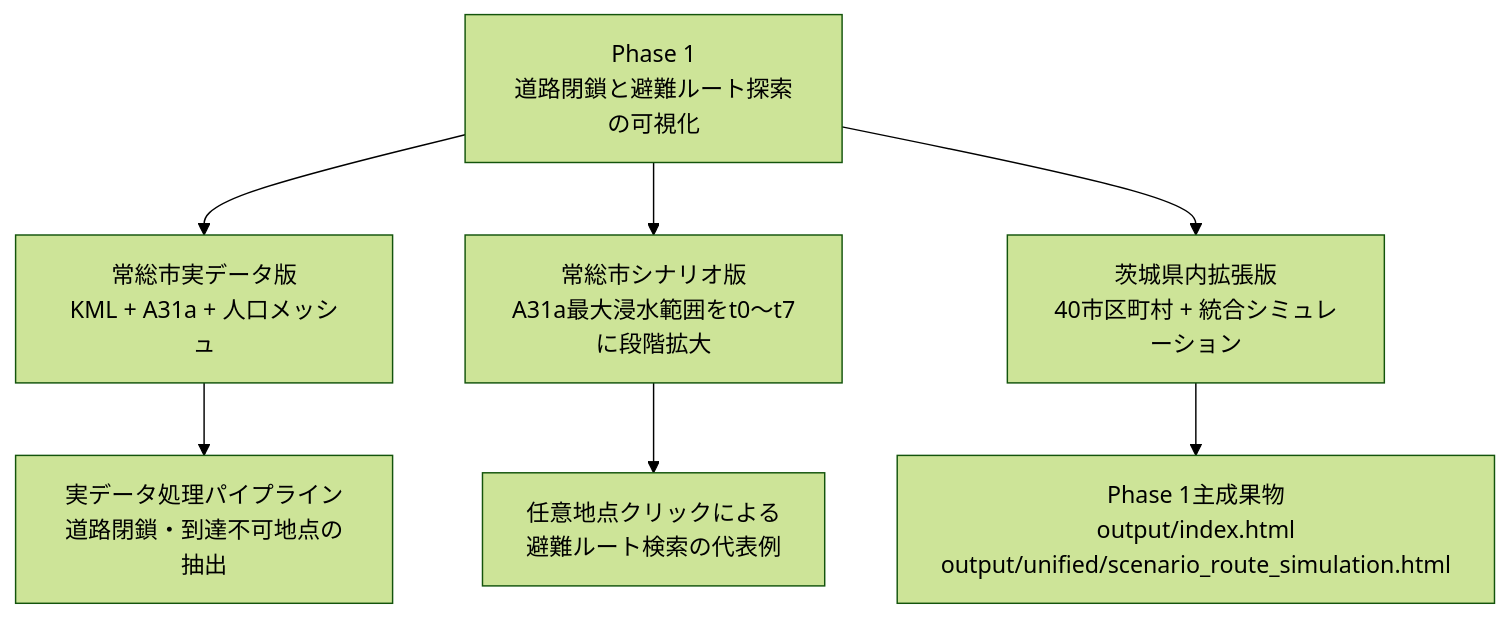
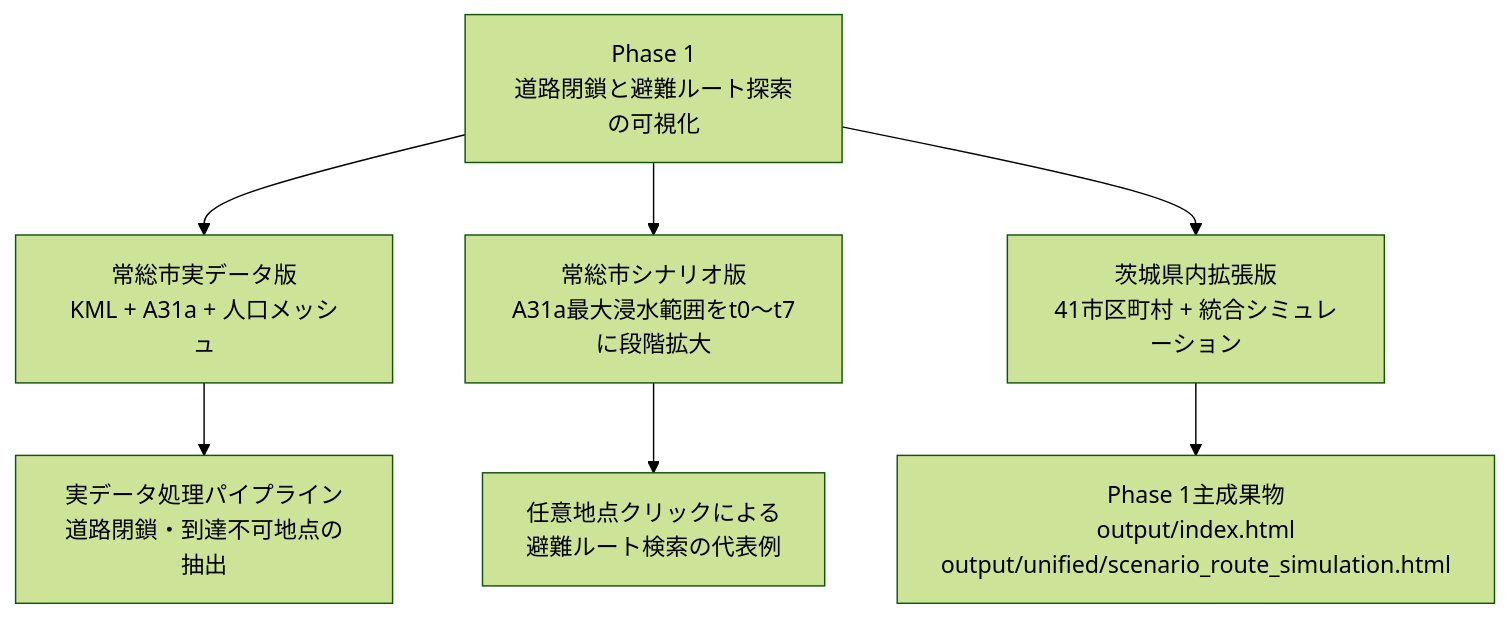
One commit to 23f302020/joso-evacuation-simulation changed the first of 2 diagrams in 03_研究設計文書/Phase1_本文ドラフト.md. Above: the diagram before and after it, drawn with Mermaid (forest theme). The commit also changed other lines of this file and 22 other files, not shown here.

````diff
--- a/03_研究設計文書/Phase1_本文ドラフト.md
+++ b/03_研究設計文書/Phase1_本文ドラフト.md
@@ -59,11 +59,11 @@
 ```mermaid
 flowchart TD
     A["Phase 1<br/>道路閉鎖と避難ルート探索の可視化"]
     A --> B["常総市実データ版<br/>KML + A31a + 人口メッシュ"]
     A --> C["常総市シナリオ版<br/>A31a最大浸水範囲をt0〜t7に段階拡大"]
-    A --> D["茨城県内拡張版<br/>40市区町村 + 統合シミュレーション"]
+    A --> D["茨城県内拡張版<br/>41市区町村 + 統合シミュレーション"]
 
     B --> B1["実データ処理パイプライン<br/>道路閉鎖・到達不可地点の抽出"]
     C --> C1["任意地点クリックによる<br/>避難ルート検索の代表例"]
     D --> D1["Phase 1主成果物<br/>output/index.html<br/>output/unified/scenario_route_simulation.html"]
 ```
````
